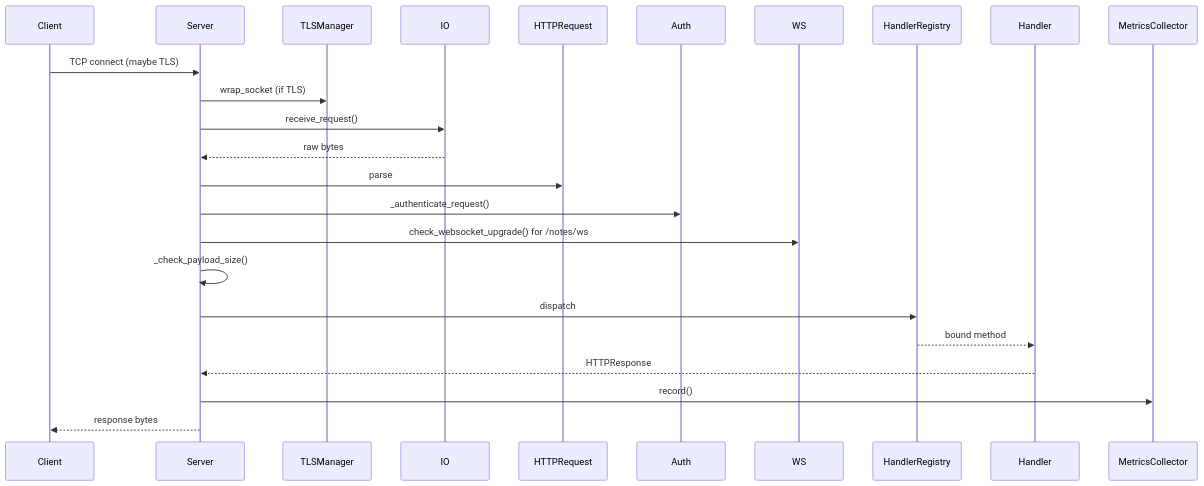
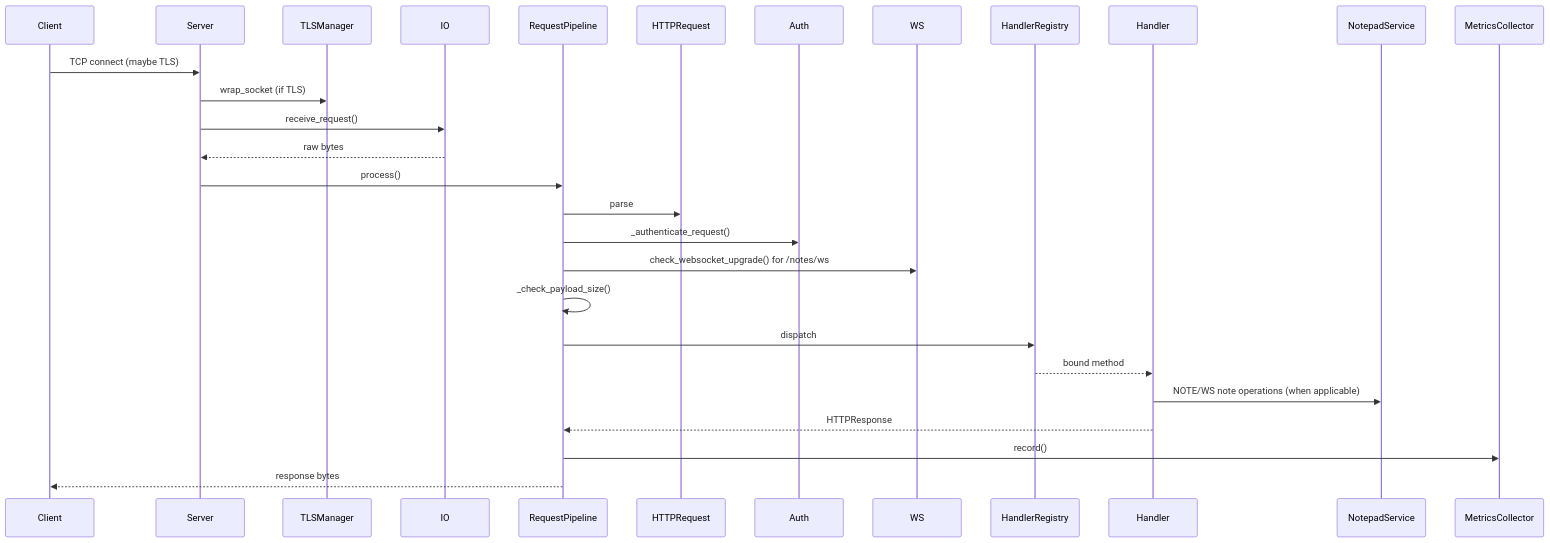
The diagram in docs/architecture.md (gkumurzhi/ExperimentalServer), drawn with Mermaid before and after one commit. The commit also changed other lines of this file and 60 other files, not shown here.

First line of the commit message:
Harden request and WebSocket handling, and align Secure Notepad transport boundaries

````diff
--- a/docs/architecture.md
+++ b/docs/architecture.md
@@ -39,16 +41,18 @@
 ```mermaid
 sequenceDiagram
     Client->>Server: TCP connect (maybe TLS)
     Server->>TLSManager: wrap_socket (if TLS)
     Server->>IO: receive_request()
     IO-->>Server: raw bytes
-    Server->>HTTPRequest: parse
-    Server->>Auth: _authenticate_request()
-    Server->>WS: check_websocket_upgrade() for /notes/ws
-    Server->>Server: _check_payload_size()
-    Server->>HandlerRegistry: dispatch
+    Server->>RequestPipeline: process()
+    RequestPipeline->>HTTPRequest: parse
+    RequestPipeline->>Auth: _authenticate_request()
+    RequestPipeline->>WS: check_websocket_upgrade() for /notes/ws
+    RequestPipeline->>RequestPipeline: _check_payload_size()
+    RequestPipeline->>HandlerRegistry: dispatch
     HandlerRegistry-->>Handler: bound method
-    Handler-->>Server: HTTPResponse
-    Server->>MetricsCollector: record()
-    Server-->>Client: response bytes
+    Handler->>NotepadService: NOTE/WS note operations (when applicable)
+    Handler-->>RequestPipeline: HTTPResponse
+    RequestPipeline->>MetricsCollector: record()
+    RequestPipeline-->>Client: response bytes
 ```
````
